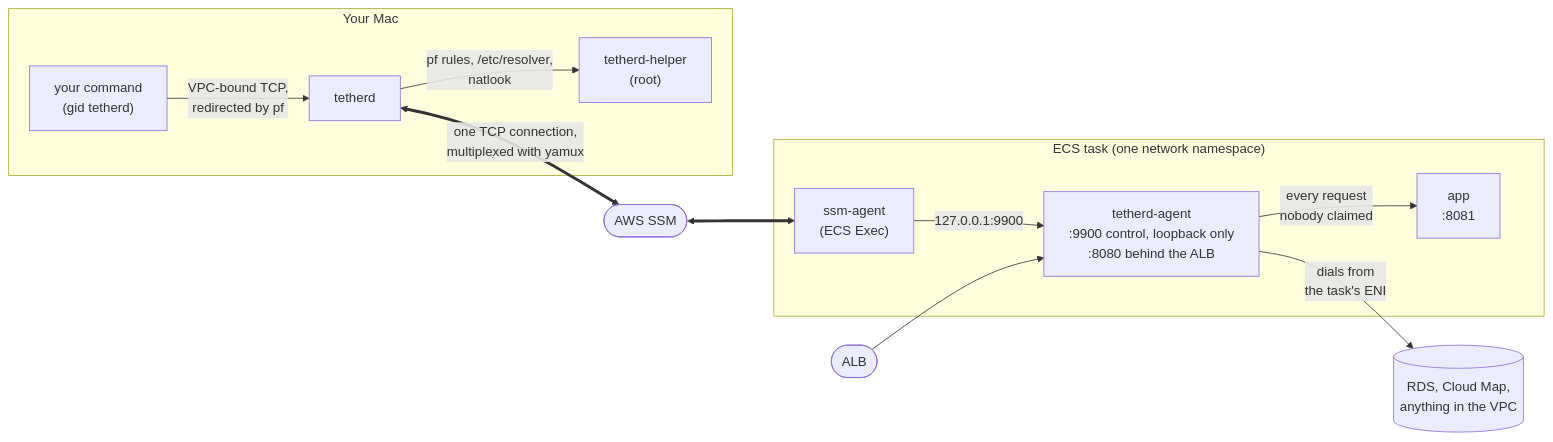
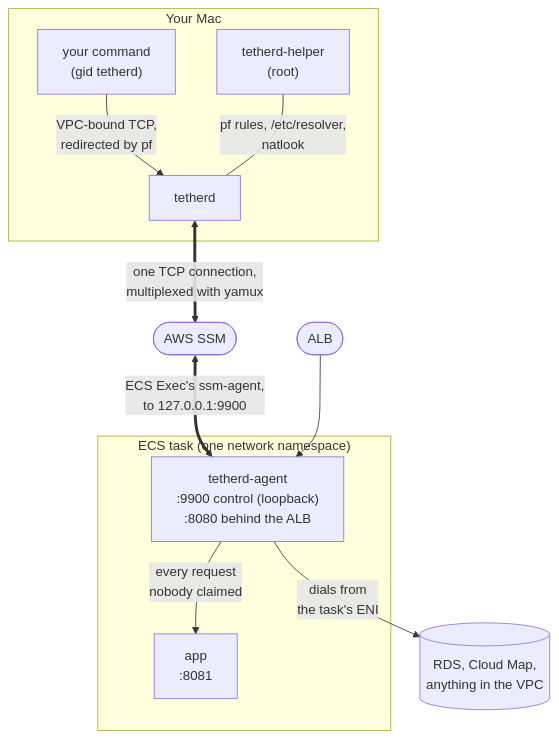
Before and after one commit to kyosu-1/tetherd: the first of 4 diagrams in README.md, drawn with Mermaid.

Commit message:
docs(readme): make the overview diagram fit GitHub's column
Left to right it took six columns, wider than GitHub's content column,
so the renderer scaled it down until its labels were unreadable. Top to
bottom it was 1100px tall with labels larger than the prose. This puts
your command and the helper on one row above tetherd, and folds the
ssm-agent hop into the SSM edge's label, which leaves five rows.

Claude-Session: https://claude.ai/code/session_01RcJFWeeaFMV4U5EpVgJeKm

````diff
--- a/README.md
+++ b/README.md
@@ -132,25 +132,23 @@
 ```mermaid
-flowchart LR
+flowchart TB
   subgraph mac["Your Mac"]
     child["your command<br/>(gid tetherd)"]
+    helper["tetherd-helper<br/>(root)"]
     cli["tetherd"]
-    helper["tetherd-helper<br/>(root)"]
   end
   ssm(["AWS SSM"])
+  alb(["ALB"])
   subgraph task["ECS task (one network namespace)"]
-    ssmagent["ssm-agent<br/>(ECS Exec)"]
-    agent["tetherd-agent<br/>:9900 control, loopback only<br/>:8080 behind the ALB"]
+    agent["tetherd-agent<br/>:9900 control (loopback)<br/>:8080 behind the ALB"]
     app["app<br/>:8081"]
   end
-  alb(["ALB"])
   vpc[("RDS, Cloud Map,<br/>anything in the VPC")]
 
   child -- "VPC-bound TCP,<br/>redirected by pf" --> cli
-  cli -- "pf rules, /etc/resolver,<br/>natlook" --> helper
+  helper -- "pf rules, /etc/resolver,<br/>natlook" --- cli
   cli <== "one TCP connection,<br/>multiplexed with yamux" ==> ssm
-  ssm <==> ssmagent
-  ssmagent -- "127.0.0.1:9900" --> agent
+  ssm <== "ECS Exec's ssm-agent,<br/>to 127.0.0.1:9900" ==> agent
   alb --> agent
   agent -- "every request<br/>nobody claimed" --> app
   agent -- "dials from<br/>the task's ENI" --> vpc
 ```
````
